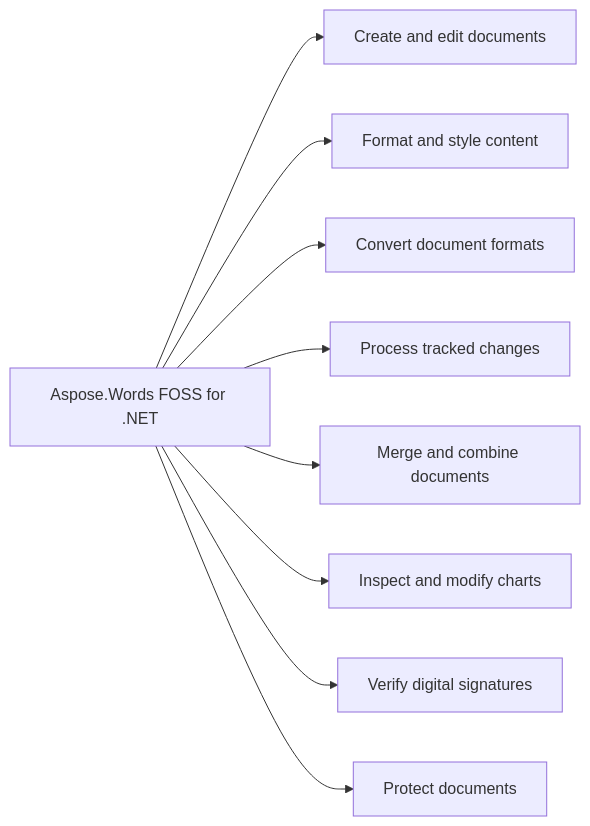
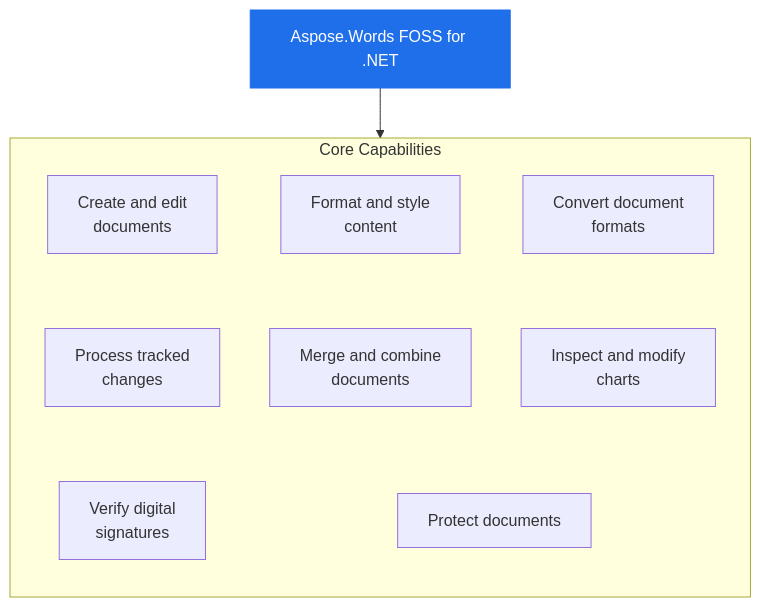
The diagram in 0d3f1add920f5294d726b4f286c2d6ba7c3ae22c/README.md (babar-raza/repo-presenter), drawn with Mermaid before and after one commit. The commit also changed other lines of this file and 8 other files, not shown here.

Commit message:
bundle: aspose-words-foss/Aspose.Words-FOSS-for-.NET lane R 0d3f1add920f5294d726b4f286c2d6ba7c3ae22c

````diff
--- a/0d3f1add920f5294d726b4f286c2d6ba7c3ae22c/README.md
+++ b/0d3f1add920f5294d726b4f286c2d6ba7c3ae22c/README.md
@@ -33,19 +33,24 @@
 ```mermaid
-flowchart LR
-Product["Aspose.Words FOSS for .NET"]
-Product["Aspose.Words FOSS for .NET"] --> Cap1["Create and edit documents"]
-Cap2["Format and style content"]
-Cap3["Convert document formats"]
-Cap4["Process tracked changes"]
-Cap5["Merge and combine documents"]
-Cap6["Inspect and modify charts"]
-Cap7["Verify digital signatures"]
-Cap8["Protect documents"]
-Product["Aspose.Words FOSS for .NET"] --> Cap2["Format and style content"]
-Product["Aspose.Words FOSS for .NET"] --> Cap3["Convert document formats"]
-Product["Aspose.Words FOSS for .NET"] --> Cap4["Process tracked changes"]
-Product["Aspose.Words FOSS for .NET"] --> Cap5["Merge and combine documents"]
-Product["Aspose.Words FOSS for .NET"] --> Cap6["Inspect and modify charts"]
-Product["Aspose.Words FOSS for .NET"] --> Cap7["Verify digital signatures"]
-Product["Aspose.Words FOSS for .NET"] --> Cap8["Protect documents"]
+flowchart TB
+  PRODUCT["Aspose.Words FOSS for .NET"]
+  subgraph Capabilities["Core Capabilities"]
+    direction TB
+    c1["Create and edit<br/>documents"]
+    c2["Format and style<br/>content"]
+    c3["Convert document<br/>formats"]
+    c4["Process tracked<br/>changes"]
+    c5["Merge and combine<br/>documents"]
+    c6["Inspect and modify<br/>charts"]
+    c7["Verify digital<br/>signatures"]
+    c8["Protect documents"]
+    c1 ~~~ c4
+    c2 ~~~ c5
+    c3 ~~~ c6
+    c4 ~~~ c7
+    c5 ~~~ c8
+    c6 ~~~ c8
+  end
+  PRODUCT --> Capabilities
+  classDef product fill:#1f6feb,stroke:#1f6feb,color:#ffffff
+  class PRODUCT product
 ```
````
